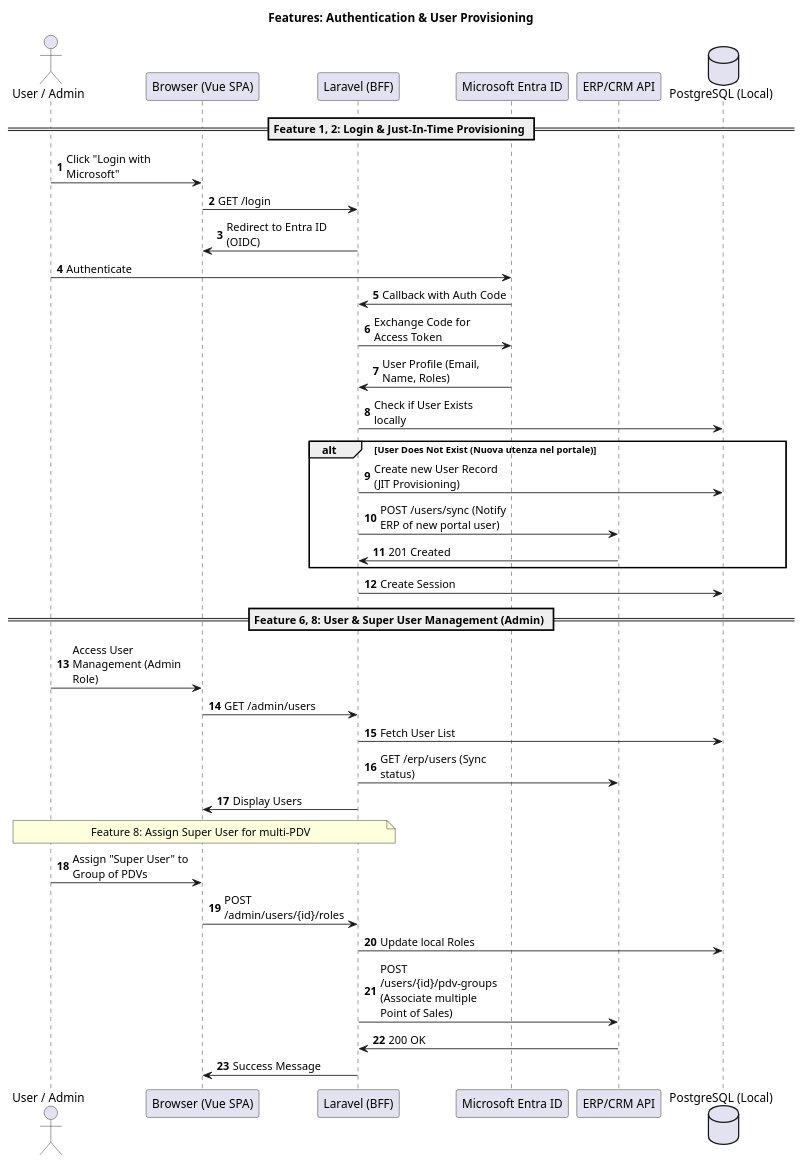
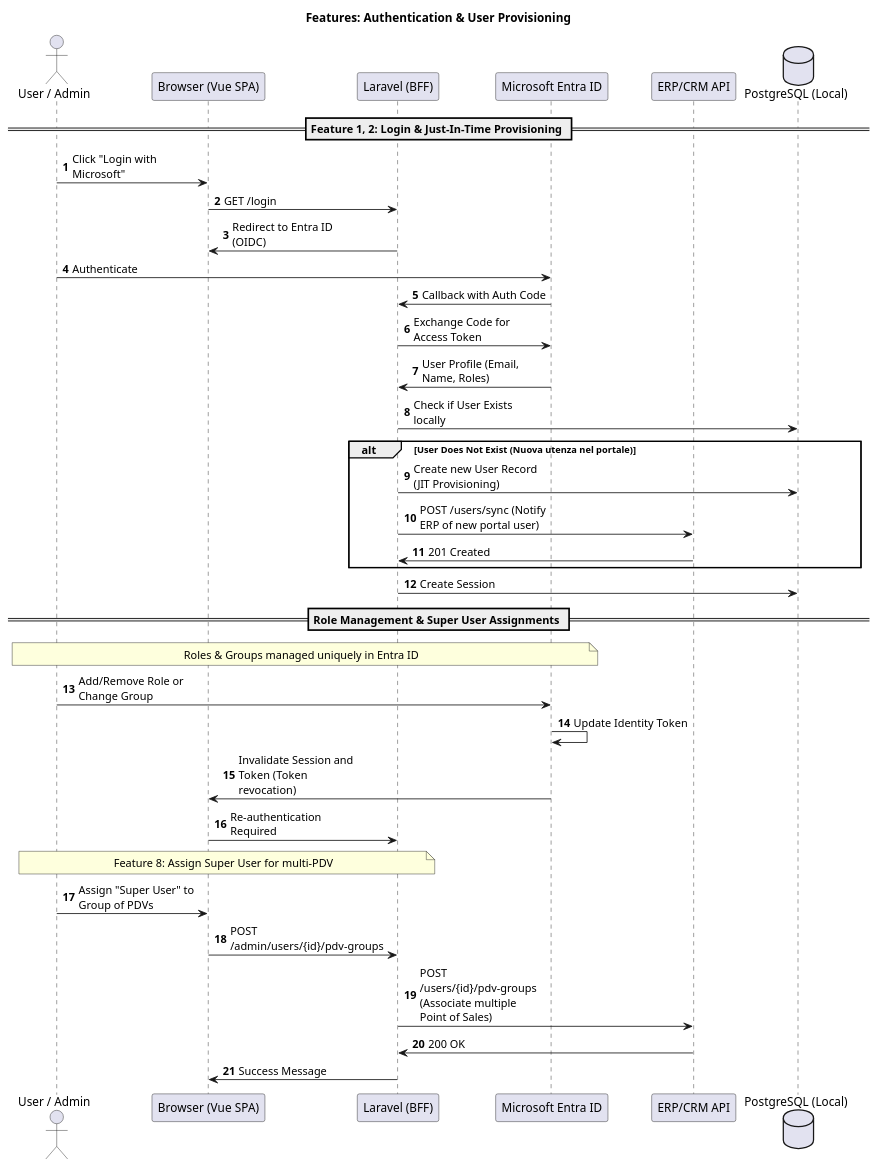
One commit to gant85/ospedaliero-design changed the diagram in docs/diagrams/sequence-feat-login-users.puml. Above: the diagram before and after it, drawn with PlantUML. The commit also changed 1 other file, not shown here.

```diff
--- a/docs/diagrams/sequence-feat-login-users.puml
+++ b/docs/diagrams/sequence-feat-login-users.puml
@@ -1,47 +1,46 @@
 @startuml
 title Features: Authentication & User Provisioning
 skinparam maxMessageSize 150
 autonumber
 
 actor "User / Admin" as User
 participant "Browser (Vue SPA)" as Browser
 participant "Laravel (BFF)" as BFF
 participant "Microsoft Entra ID" as EntraID
 participant "ERP/CRM API" as API
 database "PostgreSQL (Local)" as DB
 
 == Feature 1, 2: Login & Just-In-Time Provisioning ==
 
 User -> Browser: Click "Login with Microsoft"
 Browser -> BFF: GET /login
 BFF -> Browser: Redirect to Entra ID (OIDC)
 User -> EntraID: Authenticate
 EntraID -> BFF: Callback with Auth Code
 BFF -> EntraID: Exchange Code for Access Token
 EntraID -> BFF: User Profile (Email, Name, Roles)
 
 BFF -> DB: Check if User Exists locally
 alt User Does Not Exist (Nuova utenza nel portale)
     BFF -> DB: Create new User Record (JIT Provisioning)
     BFF -> API: POST /users/sync (Notify ERP of new portal user)
     API -> BFF: 201 Created
 end
 BFF -> DB: Create Session
 
-== Feature 6, 8: User & Super User Management (Admin) ==
+== Role Management & Super User Assignments ==
 
-User -> Browser: Access User Management (Admin Role)
-Browser -> BFF: GET /admin/users
-BFF -> DB: Fetch User List
-BFF -> API: GET /erp/users (Sync status)
-BFF -> Browser: Display Users
+note over User, EntraID: Roles & Groups managed uniquely in Entra ID
+User -> EntraID: Add/Remove Role or Change Group
+EntraID -> EntraID: Update Identity Token
+EntraID -> Browser: Invalidate Session and Token (Token revocation)
+Browser -> BFF: Re-authentication Required
 
 note over User, BFF: Feature 8: Assign Super User for multi-PDV
 User -> Browser: Assign "Super User" to Group of PDVs
-Browser -> BFF: POST /admin/users/{id}/roles
-BFF -> DB: Update local Roles
+Browser -> BFF: POST /admin/users/{id}/pdv-groups
 BFF -> API: POST /users/{id}/pdv-groups (Associate multiple Point of Sales)
 API -> BFF: 200 OK
 BFF -> Browser: Success Message
 
 @enduml
```
